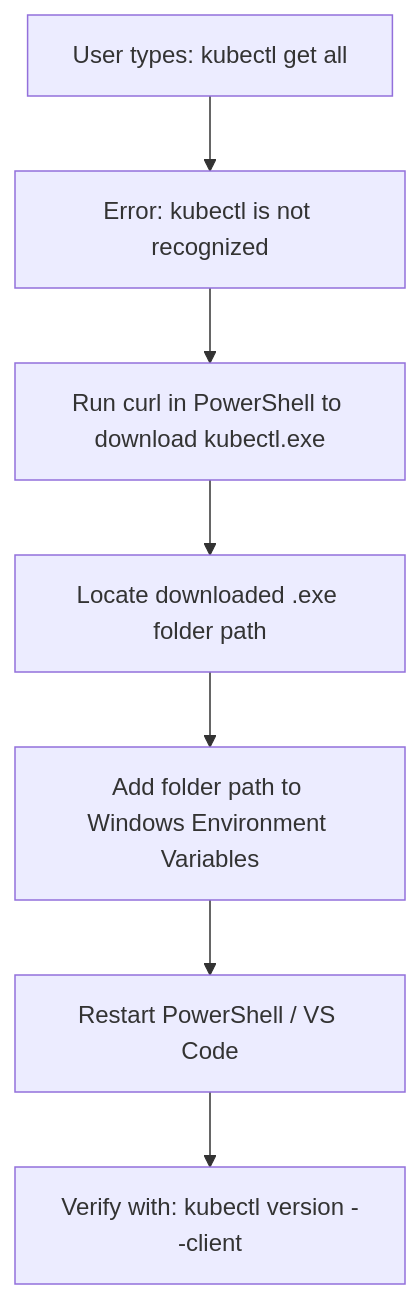
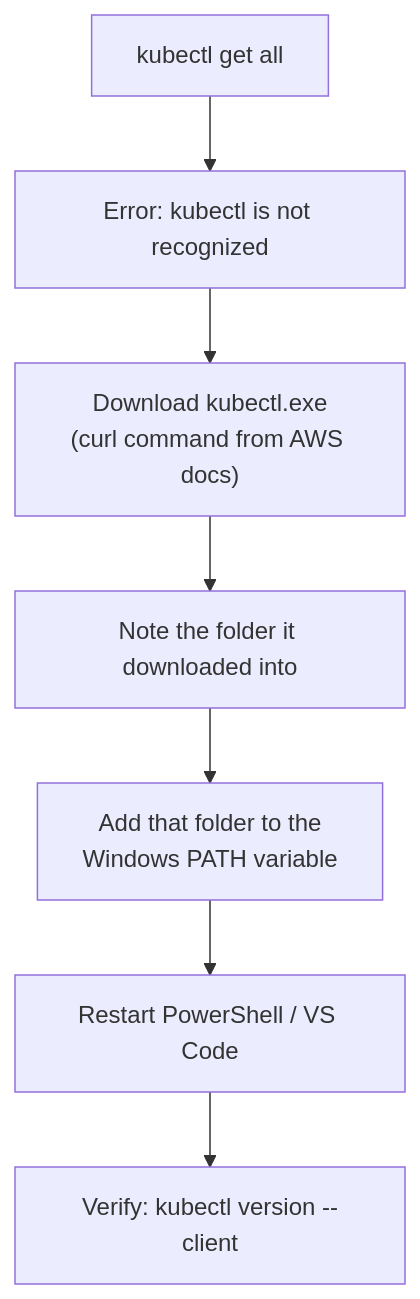
Before and after one commit to nirajp82/KubernetesWithAmazon_EKS_Fargate_DevOps: the first of 2 diagrams in sections/02_EKS_Basics/05_kubectl_Installation_Windows.md, drawn with Mermaid. The commit also changed other lines of this file and 11 other files, not shown here.

````diff
--- a/sections/02_EKS_Basics/05_kubectl_Installation_Windows.md
+++ b/sections/02_EKS_Basics/05_kubectl_Installation_Windows.md
@@ -27,11 +10,10 @@
 ```mermaid
 flowchart TD
-    Start[User types: kubectl get all]
-    Start --> Error[Error: kubectl is not recognized]
-    Error --> Download[Run curl in PowerShell to download kubectl.exe]
-    Download --> Locate[Locate downloaded .exe folder path]
-    Locate --> EnvVar[Add folder path to Windows Environment Variables]
-    EnvVar --> Restart[Restart PowerShell / VS Code]
-    Restart --> Success[Verify with: kubectl version --client]
-
+    Start["kubectl get all"]
+    Start --> Error["Error: kubectl is not recognized"]
+    Error --> Download["Download kubectl.exe<br/>(curl command from AWS docs)"]
+    Download --> Locate["Note the folder it downloaded into"]
+    Locate --> EnvVar["Add that folder to the<br/>Windows PATH variable"]
+    EnvVar --> Restart["Restart PowerShell / VS Code"]
+    Restart --> Success["Verify: kubectl version --client"]
 ```
````
